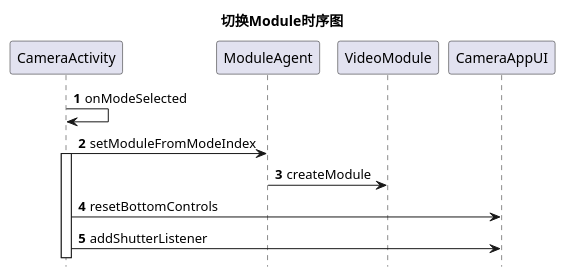
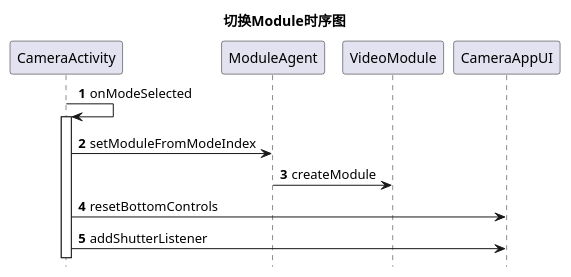
The first of 3 diagrams in 100Work/140文档/Yota/141相机/2018-3-20相机.md (liuwenrong/Markdown), drawn with PlantUML before and after one commit. The commit also changed other lines of this file, not shown here.

````diff
--- a/100Work/140文档/Yota/141相机/2018-3-20相机.md
+++ b/100Work/140文档/Yota/141相机/2018-3-20相机.md
@@ -15,12 +13,12 @@
 ```plantuml!
 @startuml
 hide footbox
 title 切换Module时序图
 autonumber 1
 CameraActivity -> CameraActivity : onModeSelected
+activate CameraActivity
 CameraActivity -> ModuleAgent : setModuleFromModeIndex
-activate CameraActivity
 ModuleAgent -> VideoModule : createModule
 CameraActivity -> CameraAppUI : resetBottomControls
 CameraActivity -> CameraAppUI : addShutterListener
 ```
````
